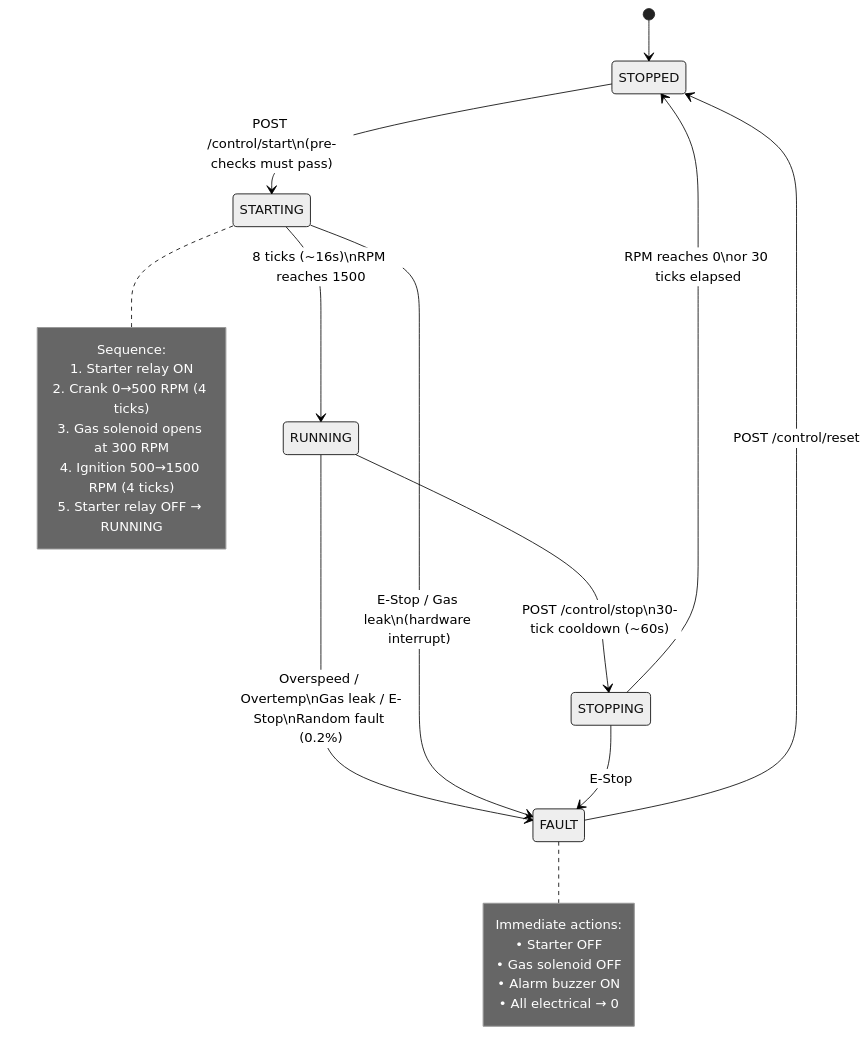
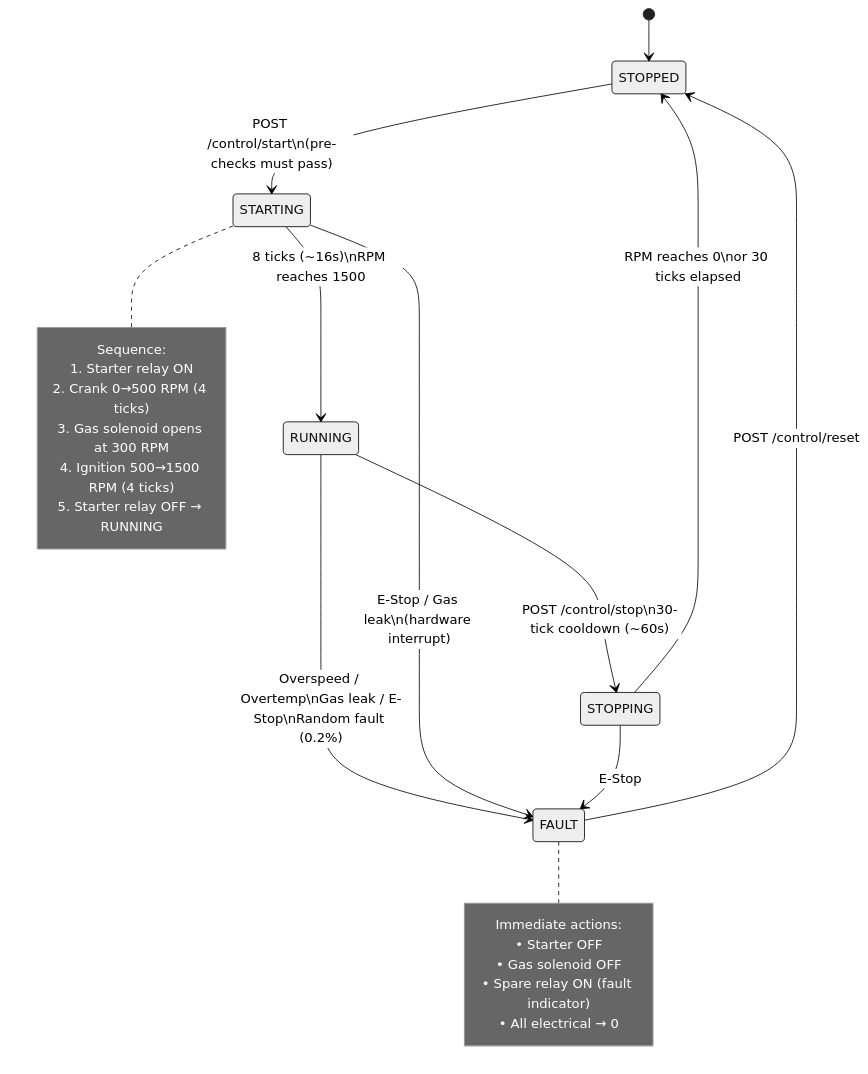
The third of 9 diagrams in walkthrough.md (Izunna-Izunna/flameless-dashboard), drawn with Mermaid (neutral theme) before and after one commit. The commit also changed other lines of this file and 3 other files, not shown here.

First line of the commit message:
fix: rename alarm_buzzer→spare_relay, correct ADS1115 docs to match Rev 2.0 wiring diagram

````diff
--- a/walkthrough.md
+++ b/walkthrough.md
@@ -209,32 +209,32 @@
 ```mermaid
 stateDiagram-v2
     [*] --> STOPPED
 
     STOPPED --> STARTING : POST /control/start\n(pre-checks must pass)
     STARTING --> RUNNING : 8 ticks (~16s)\nRPM reaches 1500
     RUNNING --> STOPPING : POST /control/stop\n30-tick cooldown (~60s)
     STOPPING --> STOPPED : RPM reaches 0\nor 30 ticks elapsed
 
     RUNNING --> FAULT : Overspeed / Overtemp\nGas leak / E-Stop\nRandom fault (0.2%)
     STARTING --> FAULT : E-Stop / Gas leak\n(hardware interrupt)
     STOPPING --> FAULT : E-Stop
     
     FAULT --> STOPPED : POST /control/reset
 
     note right of STARTING
         Sequence:
         1. Starter relay ON
         2. Crank 0→500 RPM (4 ticks)
         3. Gas solenoid opens at 300 RPM
         4. Ignition 500→1500 RPM (4 ticks)
         5. Starter relay OFF → RUNNING
     end note
 
     note right of FAULT
         Immediate actions:
         • Starter OFF
         • Gas solenoid OFF
-        • Alarm buzzer ON
+        • Spare relay ON (fault indicator)
         • All electrical → 0
     end note
 ```
````
